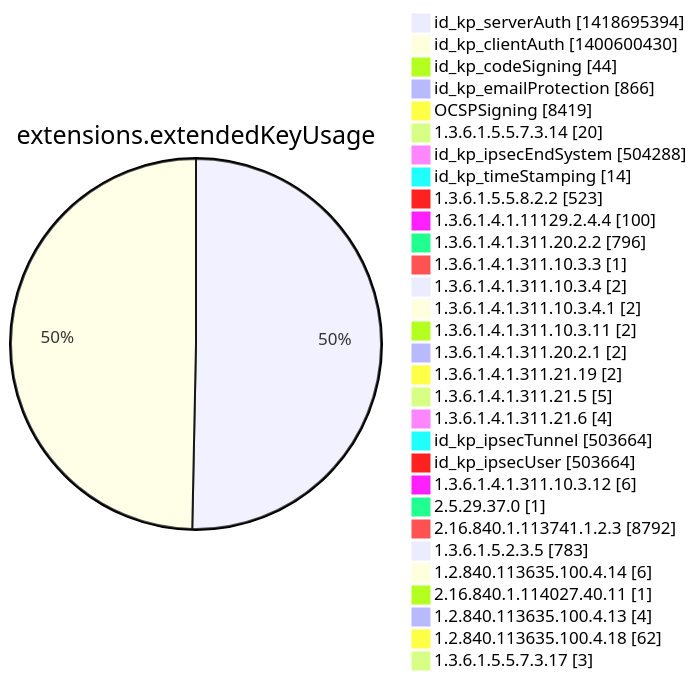
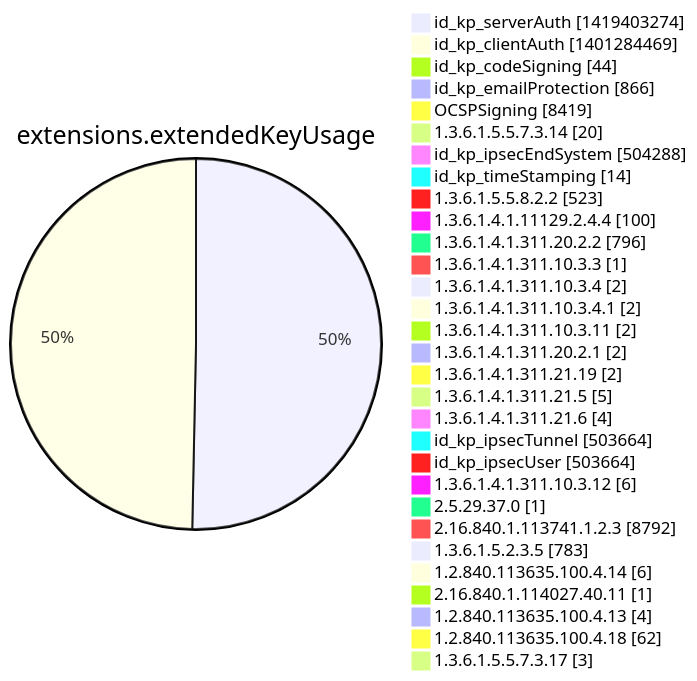
Before and after one commit to christiankrug/ctmonitor_visualization: diagram 12 of 15 in argon2022/README.md, drawn with Mermaid. The commit also changed other lines of this file, not shown here.

````diff
--- a/argon2022/README.md
+++ b/argon2022/README.md
@@ -3555,34 +3555,34 @@
 ```mermaid
 pie showData
 title extensions.extendedKeyUsage
-"id_kp_serverAuth" :1418695394
-"id_kp_clientAuth" :1400600430
+"id_kp_serverAuth" :1419403274
+"id_kp_clientAuth" :1401284469
 "id_kp_codeSigning" :44
 "id_kp_emailProtection" :866
 "OCSPSigning" :8419
 "1.3.6.1.5.5.7.3.14" :20
 "id_kp_ipsecEndSystem" :504288
 "id_kp_timeStamping" :14
 "1.3.6.1.5.5.8.2.2" :523
 "1.3.6.1.4.1.11129.2.4.4" :100
 "1.3.6.1.4.1.311.20.2.2" :796
 "1.3.6.1.4.1.311.10.3.3" :1
 "1.3.6.1.4.1.311.10.3.4" :2
 "1.3.6.1.4.1.311.10.3.4.1" :2
 "1.3.6.1.4.1.311.10.3.11" :2
 "1.3.6.1.4.1.311.20.2.1" :2
 "1.3.6.1.4.1.311.21.19" :2
 "1.3.6.1.4.1.311.21.5" :5
 "1.3.6.1.4.1.311.21.6" :4
 "id_kp_ipsecTunnel" :503664
 "id_kp_ipsecUser" :503664
 "1.3.6.1.4.1.311.10.3.12" :6
 "2.5.29.37.0" :1
 "2.16.840.1.113741.1.2.3" :8792
 "1.3.6.1.5.2.3.5" :783
 "1.2.840.113635.100.4.14" :6
 "2.16.840.1.114027.40.11" :1
 "1.2.840.113635.100.4.13" :4
 "1.2.840.113635.100.4.18" :62
 "1.3.6.1.5.5.7.3.17" :3
 ```
````
